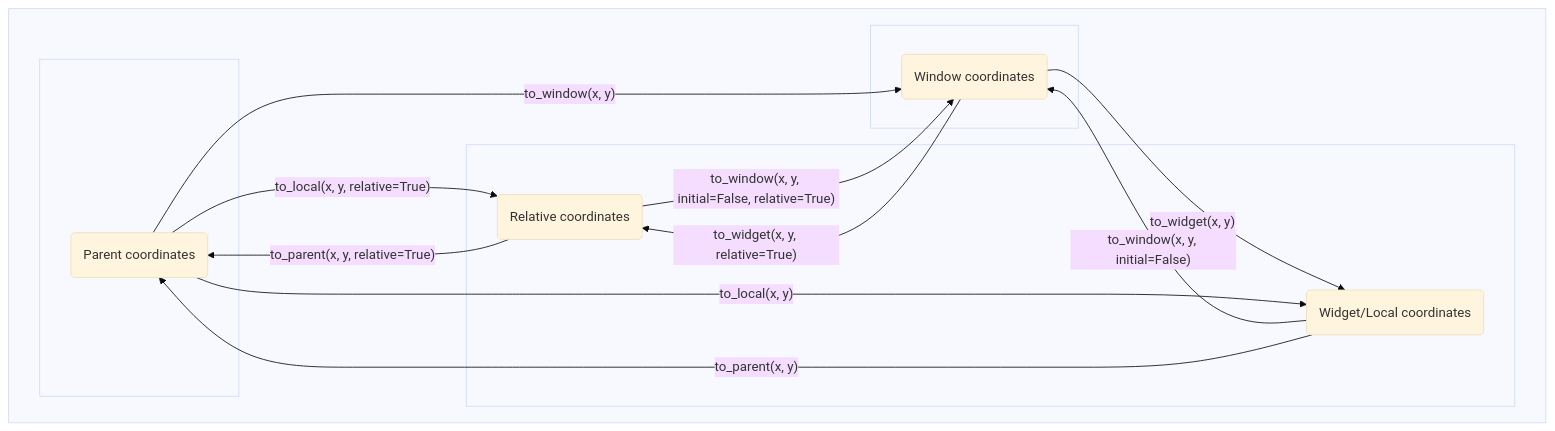
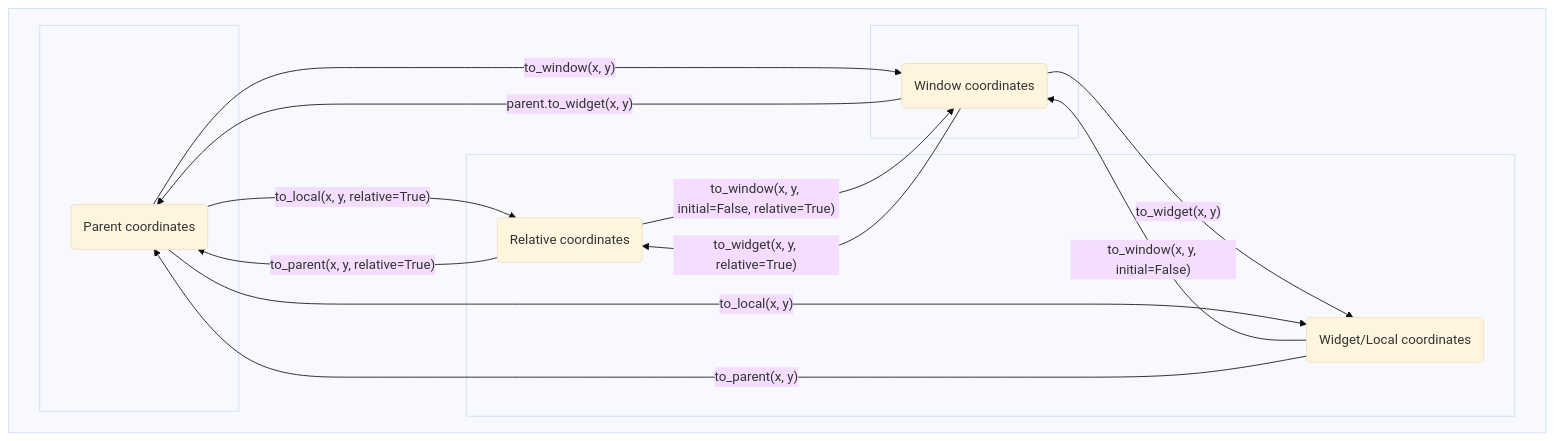
The diagram in README.md (calebmsword/kivy), drawn with Mermaid (base theme) before and after one commit. The commit also changed other lines of this file, not shown here.

````diff
--- a/README.md
+++ b/README.md
@@ -309,32 +309,33 @@
 ```mermaid
  flowchart LR
  
     subgraph " "
       direction LR
       
       subgraph "  "
         WINDOW(Window coordinates)
       end
       
       subgraph "   "
         RELATIVE(Relative coordinates)
         WIDGET("Widget/Local coordinates")
       end
       
       subgraph "     "
         PARENT(Parent coordinates)
       end
       
     end
     
     WINDOW -- "to_widget(x, y, relative=True)" --> RELATIVE
     WINDOW -- "to_widget(x, y)" --> WIDGET
+    WINDOW -- "parent.to_widget(x, y)" --> PARENT
     RELATIVE -- "to_window(x, y, initial=False, relative=True)" --> WINDOW
     RELATIVE -- "to_parent(x, y, relative=True)" --> PARENT
     WIDGET -- "to_window(x, y, initial=False)" --> WINDOW
     WIDGET -- "to_parent(x, y)" --> PARENT
     PARENT -- "to_local(x, y, relative=True)" --> RELATIVE
     PARENT -- "to_local(x, y)" --> WIDGET
     PARENT -- "to_window(x, y)" --> WINDOW
     
 ```
````
